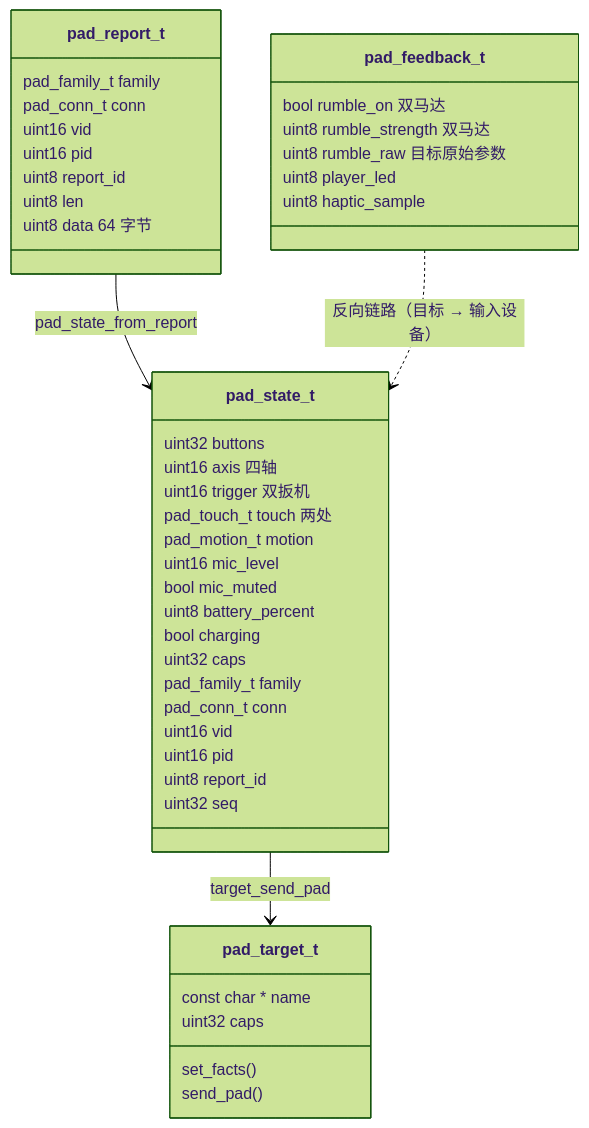
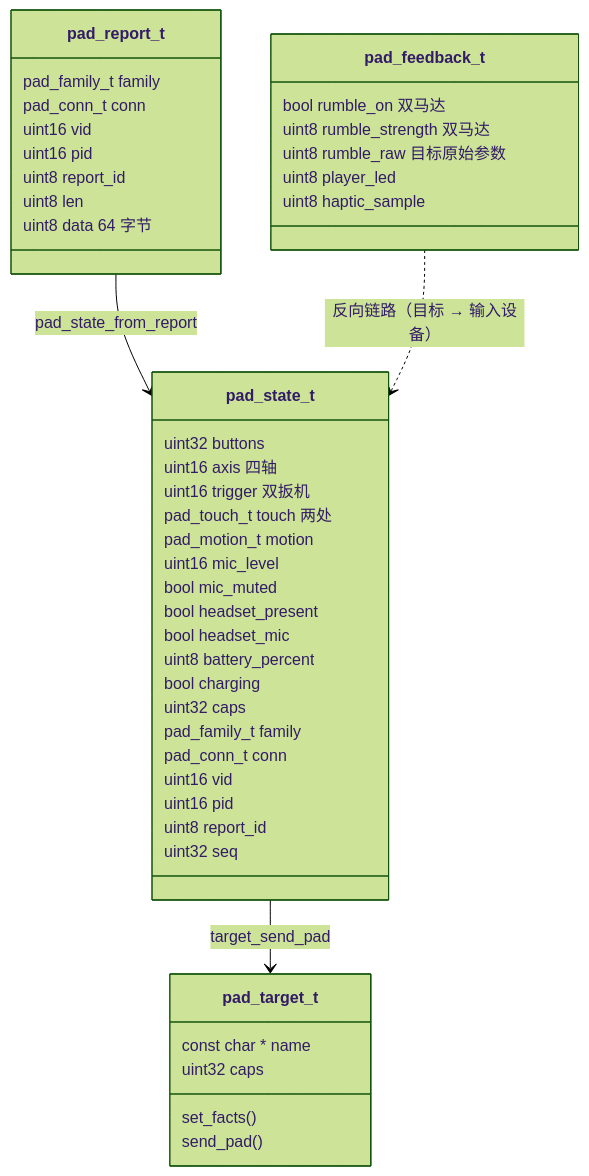
One commit to slime7/remapad changed the fourth of 7 diagrams in docs/ABSTRACTIONS.md. Above: the diagram before and after it, drawn with Mermaid (forest theme). The commit also changed other lines of this file and 46 other files, not shown here.

First line of the commit message:
feat(pc,firmware): PC 工具合并为单进程，新增实机截图与耳机状态透传

````diff
--- a/docs/ABSTRACTIONS.md
+++ b/docs/ABSTRACTIONS.md
@@ -229,50 +234,52 @@
 ```mermaid
 classDiagram
     class pad_report_t {
         pad_family_t family
         pad_conn_t conn
         uint16 vid
         uint16 pid
         uint8 report_id
         uint8 len
         uint8 data 64 字节
     }
 
     class pad_state_t {
         uint32 buttons
         uint16 axis 四轴
         uint16 trigger 双扳机
         pad_touch_t touch 两处
         pad_motion_t motion
         uint16 mic_level
         bool mic_muted
+        bool headset_present
+        bool headset_mic
         uint8 battery_percent
         bool charging
         uint32 caps
         pad_family_t family
         pad_conn_t conn
         uint16 vid
         uint16 pid
         uint8 report_id
         uint32 seq
     }
 
     class pad_target_t {
         const char * name
         uint32 caps
         set_facts()
         send_pad()
     }
 
     class pad_feedback_t {
         bool rumble_on 双马达
         uint8 rumble_strength 双马达
         uint8 rumble_raw 目标原始参数
         uint8 player_led
         uint8 haptic_sample
     }
 
     pad_report_t --> pad_state_t : pad_state_from_report
     pad_state_t --> pad_target_t : target_send_pad
     pad_feedback_t ..> pad_state_t : 反向链路（目标 → 输入设备）
 ```
````
